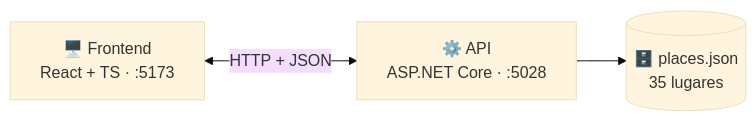
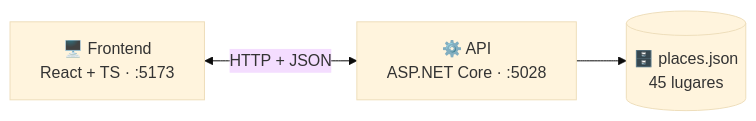
The diagram in README.md (JuanReyesVazquez23/GeoVista), drawn with Mermaid (base theme) before and after one commit. The commit also changed other lines of this file and 3 other files, not shown here.

````diff
--- a/README.md
+++ b/README.md
@@ -33,5 +33,5 @@
 ```mermaid
 flowchart LR
     A["🖥️ Frontend\nReact + TS · :5173"] <-->|"HTTP + JSON"| B["⚙️ API\nASP.NET Core · :5028"]
-    B --> C[("🗄️ places.json\n35 lugares")]
+    B --> C[("🗄️ places.json\n45 lugares")]
 ```
````
